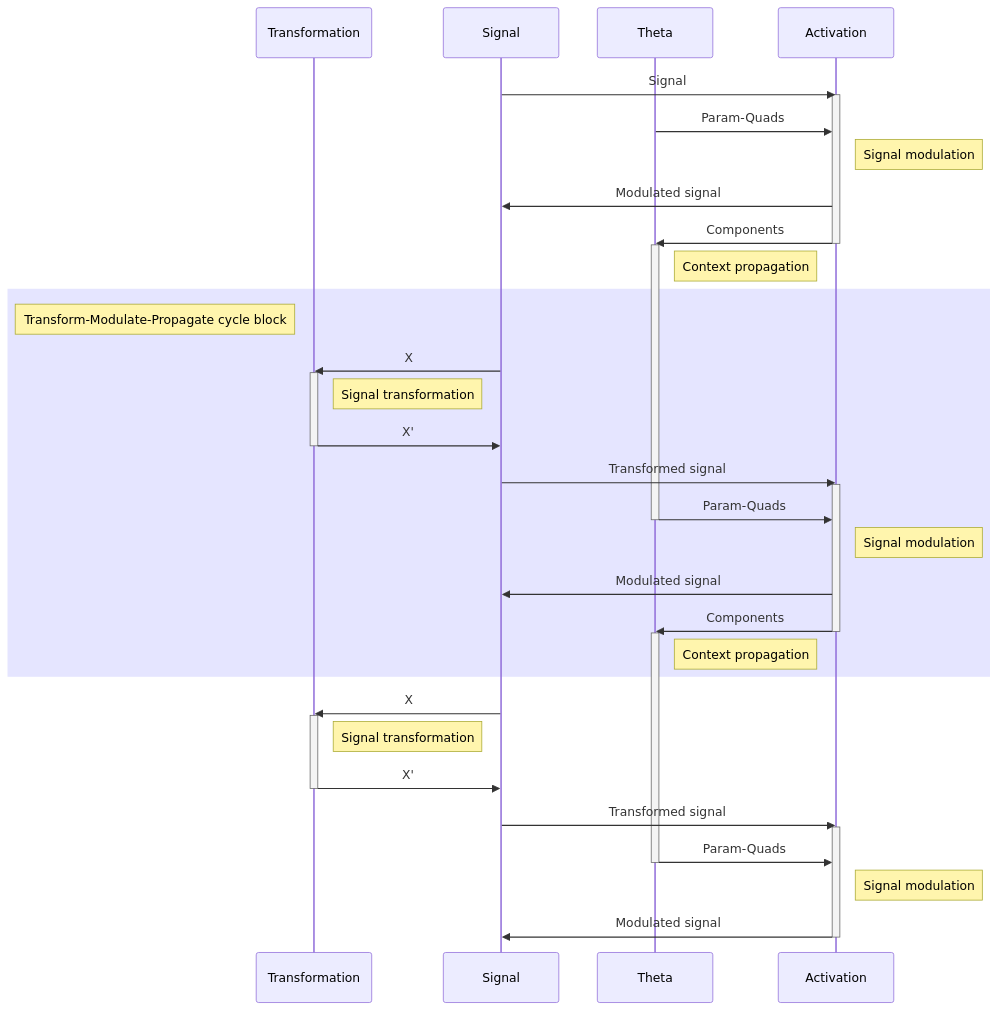
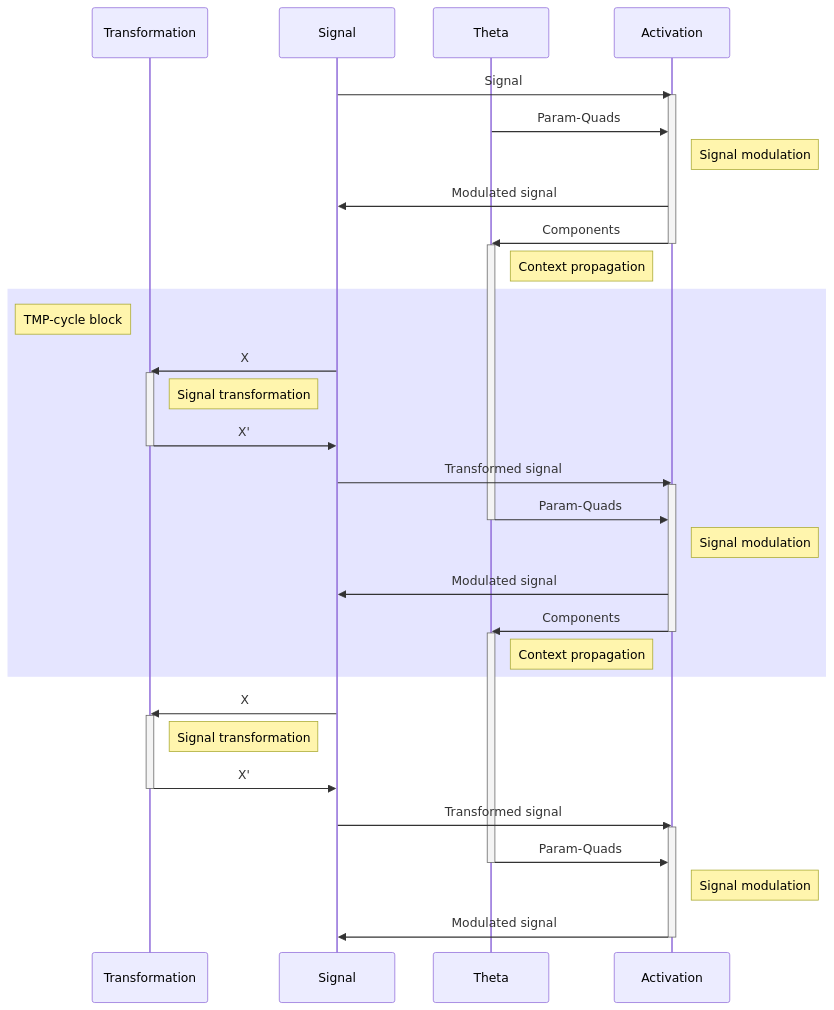
Before and after one commit to Sombressoul/dyna: the diagram in README.md, drawn with Mermaid. The commit also changed other lines of this file, not shown here.

Commit message:
Add TMP-cycle description

````diff
--- a/README.md
+++ b/README.md
@@ -76,46 +78,46 @@
 ```mermaid
 sequenceDiagram
     participant Transformation
     participant Signal
     participant Theta
     participant Activation
     Signal->>Activation: Signal
     activate Activation
     Theta->>Activation: Param-Quads
     Note right of Activation: Signal modulation
     Activation->>Signal: Modulated signal
     Activation->>Theta: Components
     deactivate Activation
     activate Theta
     Note right of Theta: Context propagation
     rect rgba(0, 0, 255, .1)
-        note left of Transformation: Transform-Modulate-Propagate cycle block
+        note left of Transformation: TMP-cycle block
         Signal->>Transformation: X
         activate Transformation
         Note right of Transformation: Signal transformation
         Transformation->>Signal: X'
         deactivate Transformation
         Signal->>Activation: Transformed signal
         activate Activation
         Theta->>Activation: Param-Quads
         deactivate Theta
         Note right of Activation: Signal modulation
         Activation->>Signal: Modulated signal
         Activation->>Theta: Components
         deactivate Activation
         activate Theta
         Note right of Theta: Context propagation
     end
         Signal->>Transformation: X
         activate Transformation
         Note right of Transformation: Signal transformation
         Transformation->>Signal: X'
         deactivate Transformation
     Signal->>Activation: Transformed signal
     activate Activation
     Theta->>Activation: Param-Quads
     deactivate Theta
     Note right of Activation: Signal modulation
     Activation->>Signal: Modulated signal
     deactivate Activation
 ```
````
